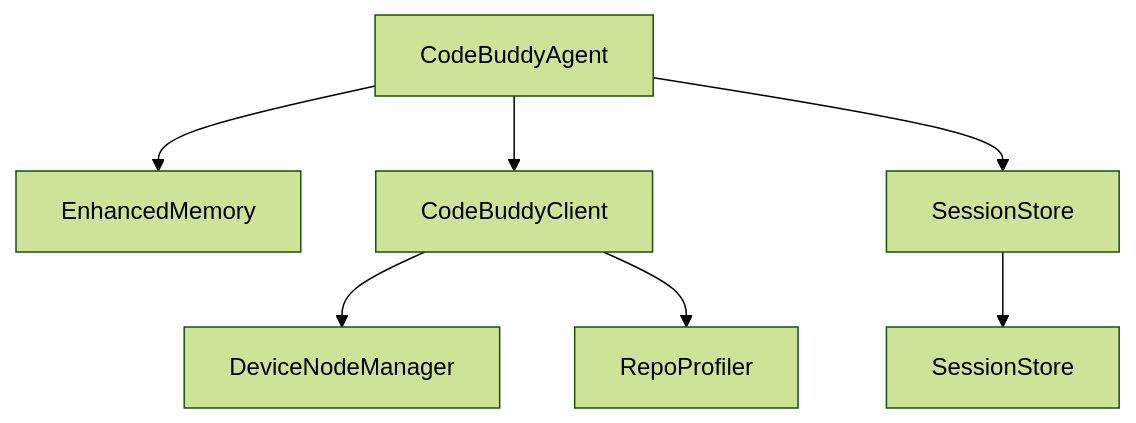
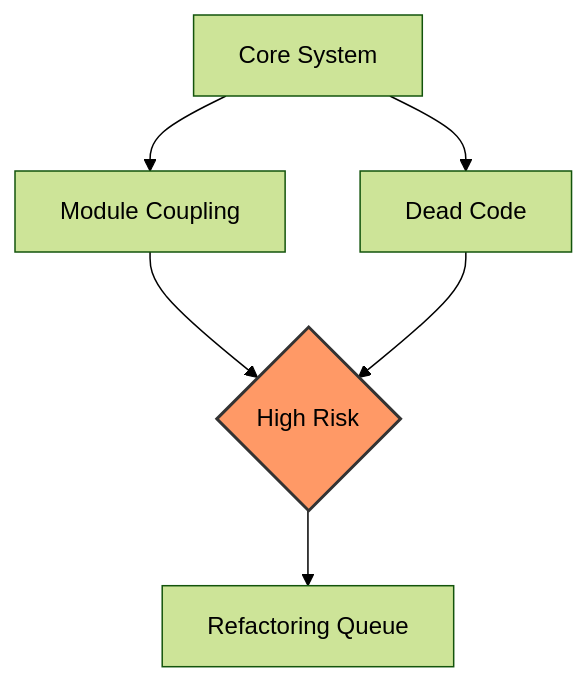
The diagram in .codebuddy/docs/4-metrics.md (Zeeeepa/code-buddy), drawn with Mermaid (forest theme) before and after one commit. The commit also changed other lines of this file and 29 other files, not shown here.

````diff
--- a/.codebuddy/docs/4-metrics.md
+++ b/.codebuddy/docs/4-metrics.md
@@ -17,9 +13,9 @@
 ```mermaid
 graph TD
-    Agent[CodeBuddyAgent] --> Memory[EnhancedMemory]
-    Agent --> Client[CodeBuddyClient]
-    Agent --> Session[SessionStore]
-    Client --> Device[DeviceNodeManager]
-    Client --> Profiler[RepoProfiler]
-    Session --> Persistence[SessionStore]
+    A[Core System] --> B[Module Coupling]
+    A --> C[Dead Code]
+    B --> D{High Risk}
+    C --> D
+    D --> E[Refactoring Queue]
+    style D fill:#f96,stroke:#333,stroke-width:2px
 ```
````
